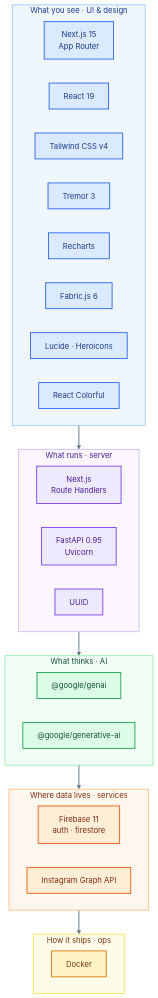
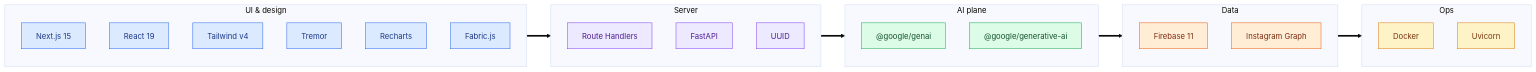
Before and after one commit to Aniruddh-fullstac/knowmedfia: the eighth of 8 diagrams in README.md, drawn with Mermaid. The commit also changed other lines of this file and 4 other files, not shown here.

Commit message:
docs: use custom pipeline diagram in README

````diff
--- a/README.md
+++ b/README.md
@@ -700,61 +674,35 @@
 ```mermaid
-%%{init: {
-  "theme": "base",
-  "themeVariables": { "fontFamily": "ui-sans-serif, system-ui, sans-serif" }
-}}%%
-flowchart TB
-  subgraph L_UI["What you see · UI &amp; design"]
-    direction LR
-    UI1["Next.js 15<br/>App Router"]:::ui
+%%{init: { "theme": "base" }}%%
+flowchart LR
+  subgraph L_UI["UI &amp; design"]
+    UI1["Next.js 15"]:::ui
     UI2["React 19"]:::ui
-    UI3["Tailwind CSS v4"]:::ui
-    UI4["Tremor 3"]:::ui
+    UI3["Tailwind v4"]:::ui
+    UI4["Tremor"]:::ui
     UI5["Recharts"]:::ui
-    UI6["Fabric.js 6"]:::ui
-    UI7["Lucide · Heroicons"]:::ui
-    UI8["React Colorful"]:::ui
+    UI6["Fabric.js"]:::ui
   end
-
-  subgraph L_API["What runs · server"]
-    direction LR
-    API1["Next.js<br/>Route Handlers"]:::api
-    API2["FastAPI 0.95<br/>Uvicorn"]:::api
+  subgraph L_API["Server"]
+    API1["Route Handlers"]:::api
+    API2["FastAPI"]:::api
     API3["UUID"]:::api
   end
-
-  subgraph L_AI["What thinks · AI"]
-    direction LR
+  subgraph L_AI["AI plane"]
     AI1["@google/genai"]:::ai
     AI2["@google/generative-ai"]:::ai
   end
-
-  subgraph L_DATA["Where data lives · services"]
-    direction LR
-    D1["Firebase 11<br/>auth · firestore"]:::data
-    D2["Instagram Graph API"]:::data
+  subgraph L_DATA["Data"]
+    D1["Firebase 11"]:::data
+    D2["Instagram Graph"]:::data
   end
-
-  subgraph L_OPS["How it ships · ops"]
-    direction LR
+  subgraph L_OPS["Ops"]
     O1["Docker"]:::ops
+    O2["Uvicorn"]:::ops
   end
-
-  L_UI ==> L_API
-  L_API ==> L_AI
-  L_AI ==> L_DATA
-  L_DATA ==> L_OPS
-
-  classDef ui   fill:#dbeafe,stroke:#2563eb,stroke-width:1.8px,color:#1e3a8a
-  classDef api  fill:#ede9fe,stroke:#7c3aed,stroke-width:1.8px,color:#4c1d95
-  classDef ai   fill:#dcfce7,stroke:#16a34a,stroke-width:1.8px,color:#14532d
-  classDef data fill:#ffedd5,stroke:#ea580c,stroke-width:1.8px,color:#7c2d12
-  classDef ops  fill:#fef3c7,stroke:#d97706,stroke-width:1.8px,color:#78350f
-
-  style L_UI   fill:#eff6ff,stroke:#93c5fd,stroke-width:1.6px,color:#1e3a8a
-  style L_API  fill:#faf5ff,stroke:#c4b5fd,stroke-width:1.6px,color:#4c1d95
-  style L_AI   fill:#f0fdf4,stroke:#86efac,stroke-width:1.6px,color:#14532d
-  style L_DATA fill:#fff7ed,stroke:#fdba74,stroke-width:1.6px,color:#7c2d12
-  style L_OPS  fill:#fefce8,stroke:#fde047,stroke-width:1.6px,color:#78350f
-
-  linkStyle default stroke:#64748b,stroke-width:2px
+  L_UI ==> L_API ==> L_AI ==> L_DATA ==> L_OPS
+  classDef ui   fill:#dbeafe,stroke:#2563eb,color:#1e3a8a
+  classDef api  fill:#ede9fe,stroke:#7c3aed,color:#4c1d95
+  classDef ai   fill:#dcfce7,stroke:#16a34a,color:#14532d
+  classDef data fill:#ffedd5,stroke:#ea580c,color:#7c2d12
+  classDef ops  fill:#fef3c7,stroke:#d97706,color:#78350f
 ```
````
